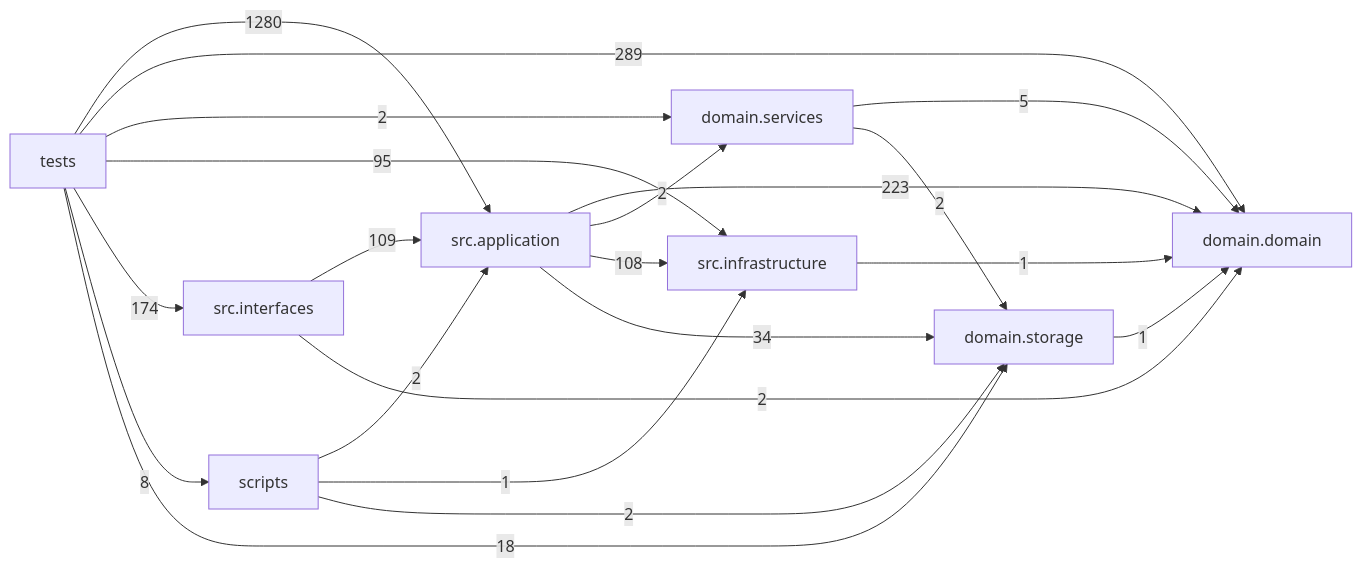
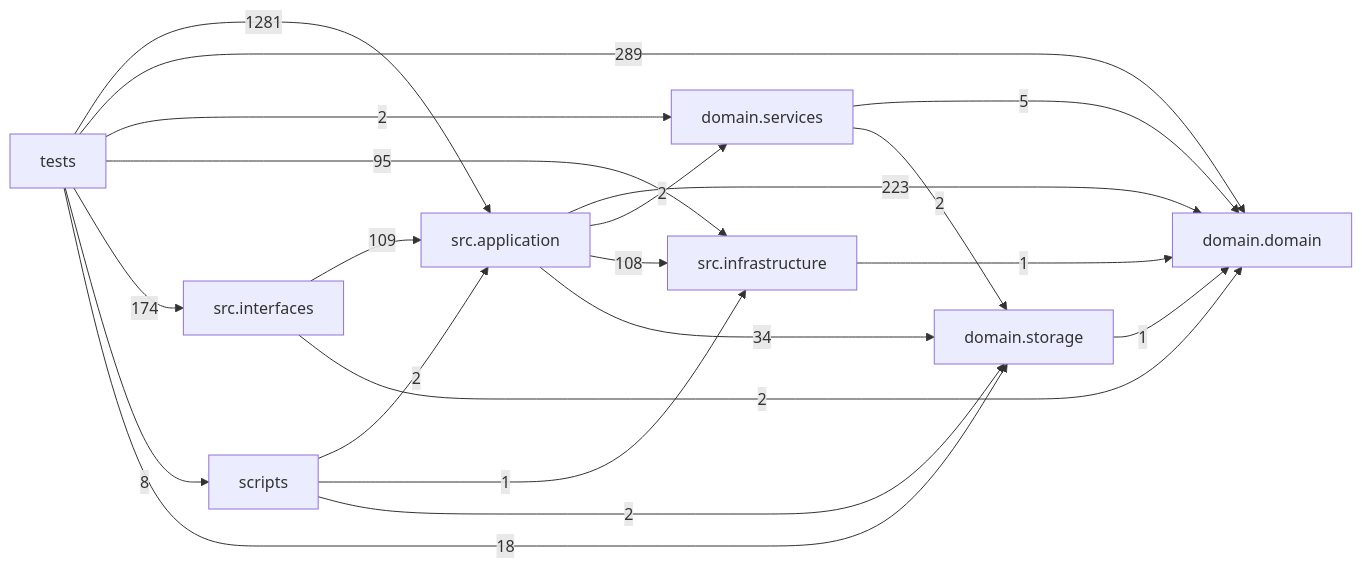
The diagram in docs/DEPENDENCY_GRAPH.md (liuxie066/options-monitor), drawn with Mermaid before and after one commit. The commit also changed other lines of this file and 15 other files, not shown here.

````diff
--- a/docs/DEPENDENCY_GRAPH.md
+++ b/docs/DEPENDENCY_GRAPH.md
@@ -24,31 +24,31 @@
 ```mermaid
 flowchart LR
   tests["tests"]
   scripts["scripts"]
   interfaces["src.interfaces"]
   application["src.application"]
   infrastructure["src.infrastructure"]
   domain_services["domain.services"]
   domain["domain.domain"]
   storage["domain.storage"]
   application -->|223| domain
   application -->|2| domain_services
   application -->|108| infrastructure
   application -->|34| storage
   domain_services -->|5| domain
   domain_services -->|2| storage
   infrastructure -->|1| domain
   interfaces -->|109| application
   interfaces -->|2| domain
   scripts -->|2| application
   scripts -->|1| infrastructure
   scripts -->|2| storage
   storage -->|1| domain
-  tests -->|1280| application
+  tests -->|1281| application
   tests -->|289| domain
   tests -->|2| domain_services
   tests -->|95| infrastructure
   tests -->|174| interfaces
   tests -->|8| scripts
   tests -->|18| storage
 ```
````
